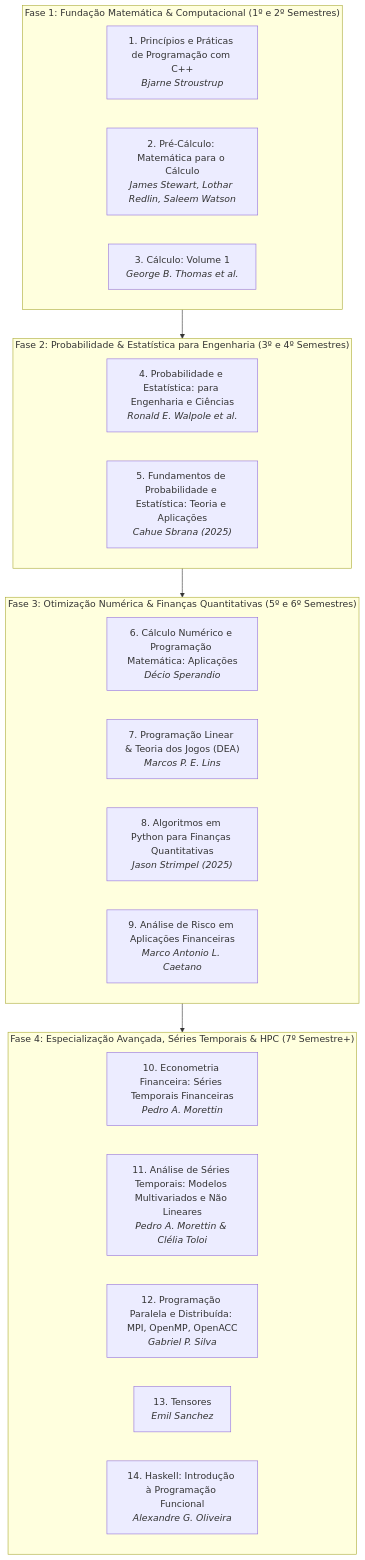
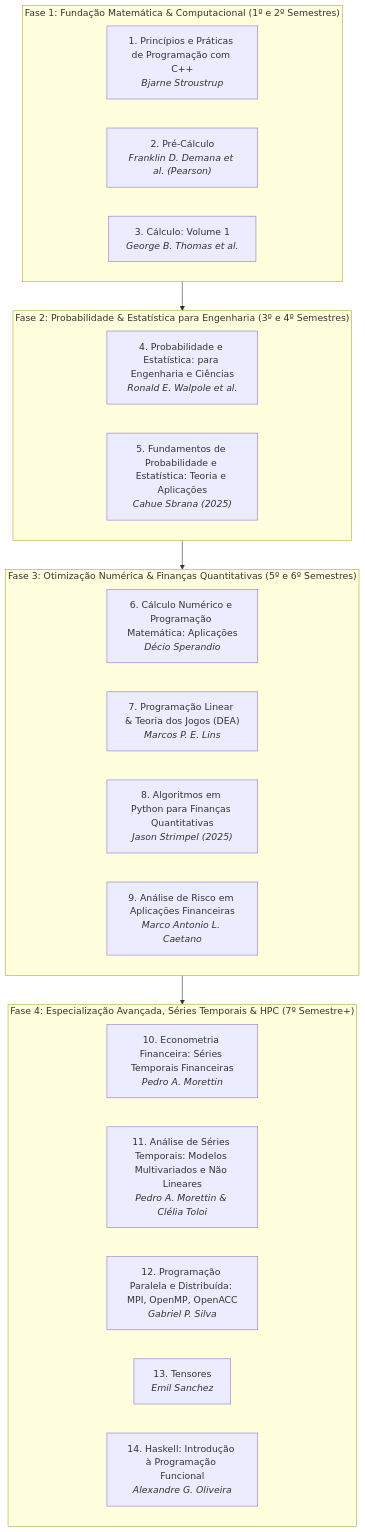
One commit to HenriqueFreire/Univesp changed the diagram in Plano_De_Estudos_Livros_UNIVESP.md. Above: the diagram before and after it, drawn with Mermaid. The commit also changed other lines of this file, not shown here.

Commit message:
docs(plano): atualizar livro de pre-calculo para Franklin D. Demana (Pearson)

````diff
--- a/Plano_De_Estudos_Livros_UNIVESP.md
+++ b/Plano_De_Estudos_Livros_UNIVESP.md
@@ -10,32 +10,32 @@
 ```mermaid
 flowchart TD
     subgraph F1["Fase 1: Fundação Matemática & Computacional (1º e 2º Semestres)"]
         L1["1. Princípios e Práticas de Programação com C++<br><i>Bjarne Stroustrup</i>"]
-        L2["2. Pré-Cálculo: Matemática para o Cálculo<br><i>James Stewart, Lothar Redlin, Saleem Watson</i>"]
+        L2["2. Pré-Cálculo<br><i>Franklin D. Demana et al. (Pearson)</i>"]
         L3["3. Cálculo: Volume 1<br><i>George B. Thomas et al.</i>"]
     end
 
     subgraph F2["Fase 2: Probabilidade & Estatística para Engenharia (3º e 4º Semestres)"]
         L4["4. Probabilidade e Estatística: para Engenharia e Ciências<br><i>Ronald E. Walpole et al.</i>"]
         L5["5. Fundamentos de Probabilidade e Estatística: Teoria e Aplicações<br><i>Cahue Sbrana (2025)</i>"]
     end
 
     subgraph F3["Fase 3: Otimização Numérica & Finanças Quantitativas (5º e 6º Semestres)"]
         L6["6. Cálculo Numérico e Programação Matemática: Aplicações<br><i>Décio Sperandio</i>"]
         L7["7. Programação Linear & Teoria dos Jogos (DEA)<br><i>Marcos P. E. Lins</i>"]
         L8["8. Algoritmos em Python para Finanças Quantitativas<br><i>Jason Strimpel (2025)</i>"]
         L9["9. Análise de Risco em Aplicações Financeiras<br><i>Marco Antonio L. Caetano</i>"]
     end
 
     subgraph F4["Fase 4: Especialização Avançada, Séries Temporais & HPC (7º Semestre+)"]
         L10["10. Econometria Financeira: Séries Temporais Financeiras<br><i>Pedro A. Morettin</i>"]
         L11["11. Análise de Séries Temporais: Modelos Multivariados e Não Lineares<br><i>Pedro A. Morettin & Clélia Toloi</i>"]
         L12["12. Programação Paralela e Distribuída: MPI, OpenMP, OpenACC<br><i>Gabriel P. Silva</i>"]
         L13["13. Tensores<br><i>Emil Sanchez</i>"]
         L14["14. Haskell: Introdução à Programação Funcional<br><i>Alexandre G. Oliveira</i>"]
     end
 
     F1 --> F2
     F2 --> F3
     F3 --> F4
 ```
````
